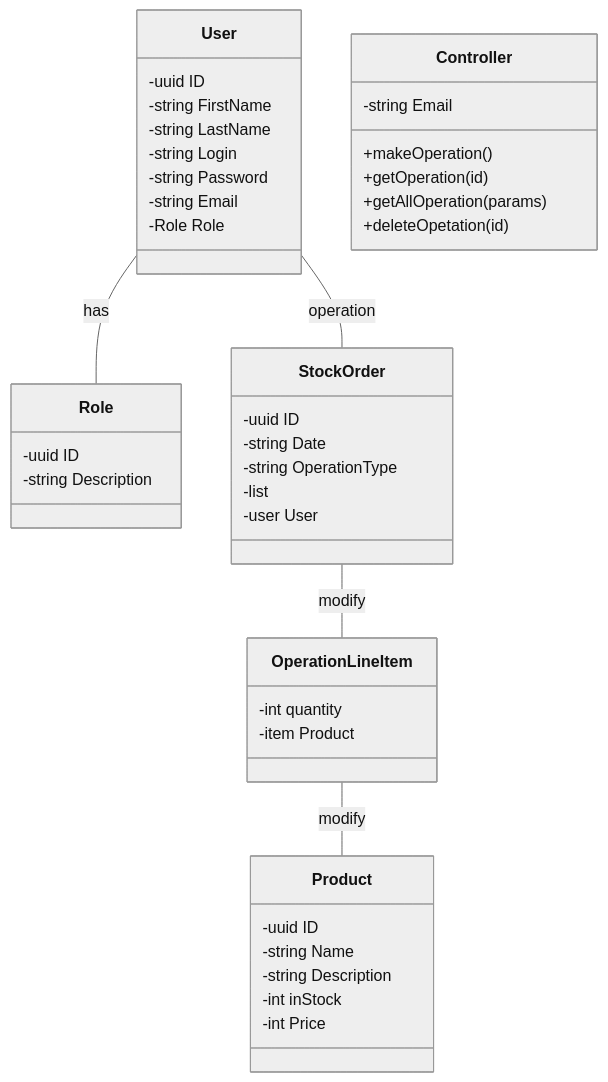
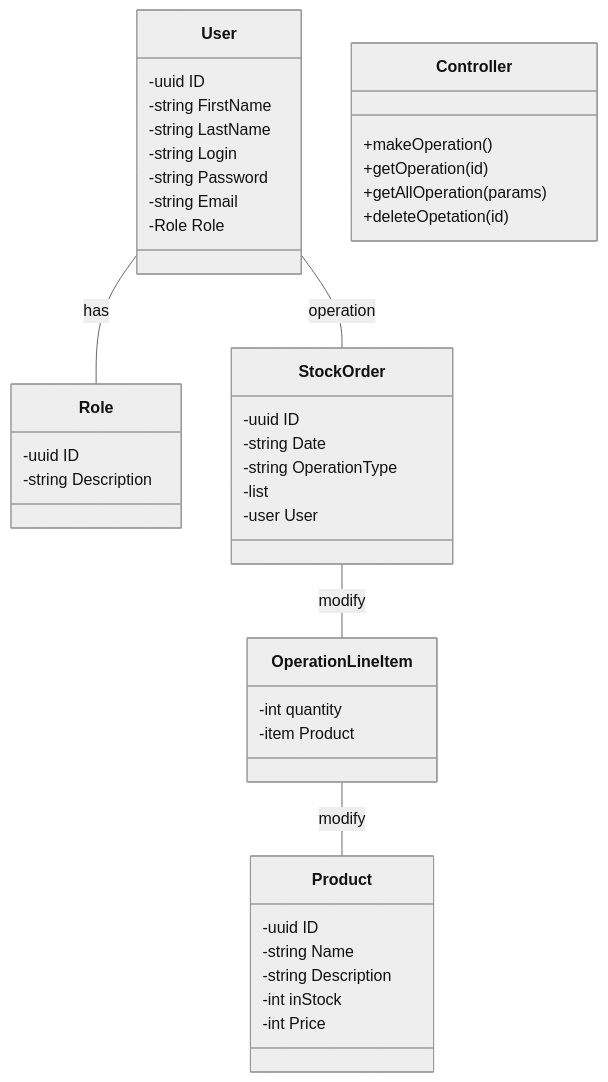
One commit to PortnovAlex80/node_js_pro changed the fourth of 5 diagrams in README.md. Above: the diagram before and after it, drawn with Mermaid (neutral theme). The commit also changed other lines of this file, not shown here.

````diff
--- a/README.md
+++ b/README.md
@@ -43,50 +125,49 @@
 ```mermaid
 classDiagram
 
     class User{
         -uuid ID
         -string FirstName
         -string LastName
         -string Login
         -string Password
         -string Email
         -Role Role   
     }
     class Role{
         -uuid ID
         -string Description
     }
     
     class StockOrder{
         -uuid ID
         -string Date
         -string OperationType
         -list<OperationLineItem>
         -user User
             }
         class OperationLineItem{
 -int quantity
 -item Product
             }
     
     class Product{
         -uuid ID
         -string Name
         -string Description
         -int inStock
         -int Price
     }
     
         class Controller {
-        -string Email
         +makeOperation()
         +getOperation(id)
         +getAllOperation(params)
         +deleteOpetation(id)
     }
     
     User  --  StockOrder : operation
     User  --  Role : has
     StockOrder  --  OperationLineItem : modify
     OperationLineItem  --  Product : modify
 ```
````
